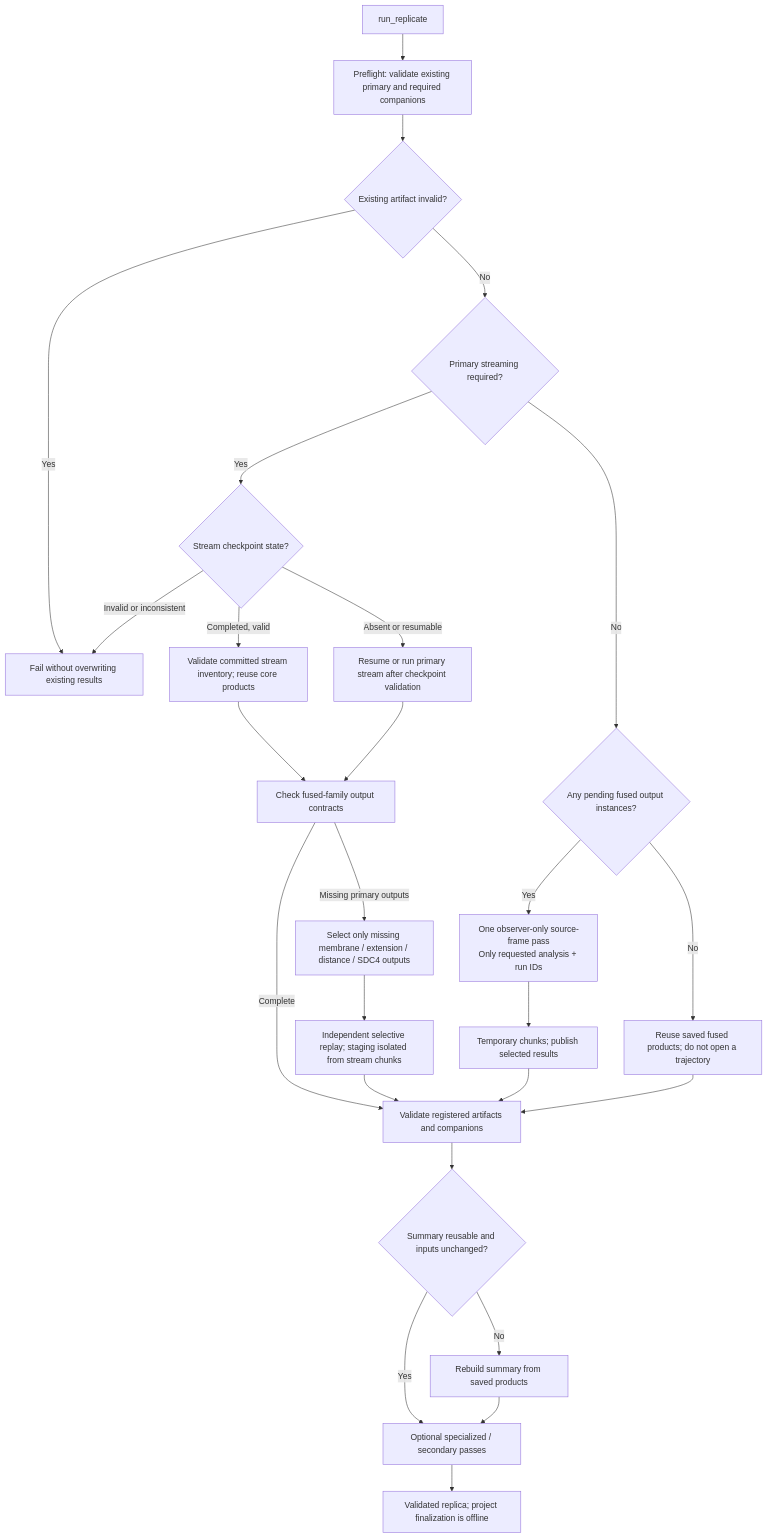
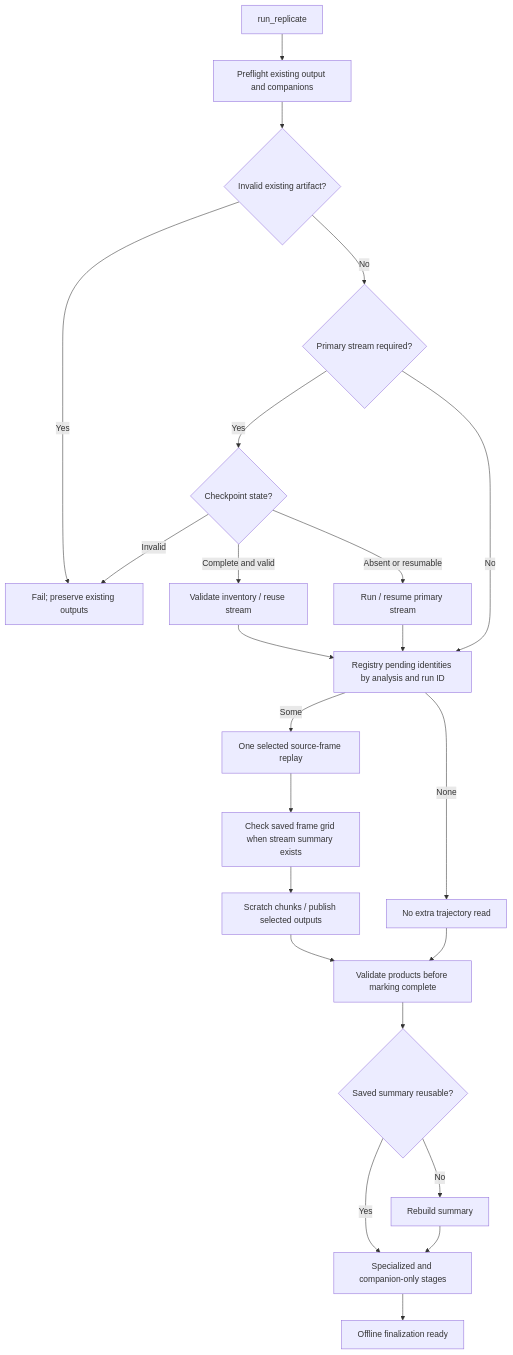
Before and after one commit to MarionQL/MDscope: the second of 3 diagrams in docs/developer/pipeline-graphs.md, drawn with Mermaid. The commit also changed other lines of this file and 9 other files, not shown here.

First line of the commit message:
[P1][Architecture] Unify replica fused recovery and pending-output planning (#279) (#285)

````diff
--- a/docs/developer/pipeline-graphs.md
+++ b/docs/developer/pipeline-graphs.md
@@ -74,28 +68,25 @@
 ```mermaid
 flowchart TD
-    START["run_replicate"] --> PREF["Preflight: validate existing primary and required companions"]
-    PREF --> BAD{"Existing artifact invalid?"}
-    BAD -->|Yes| STOP["Fail without overwriting existing results"]
-    BAD -->|No| CORE{"Primary streaming required?"}
-    CORE -->|Yes| STATE{"Stream checkpoint state?"}
-    STATE -->|Completed, valid| REUSE["Validate committed stream inventory; reuse core products"]
-    STATE -->|Absent or resumable| STREAM["Resume or run primary stream after checkpoint validation"]
-    STATE -->|Invalid or inconsistent| STOP
-    REUSE --> FAMILY["Check fused-family output contracts"]
-    STREAM --> FAMILY
-    FAMILY -->|Missing primary outputs| FALL["Select only missing membrane / extension / distance / SDC4 outputs"]
-    FAMILY -->|Complete| VALID["Validate registered artifacts and companions"]
-    FALL --> SCRATCH2["Independent selective replay; staging isolated from stream chunks"]
-    SCRATCH2 --> VALID
-    CORE -->|No| PENDING{"Any pending fused output instances?"}
-    PENDING -->|No| SKIP["Reuse saved fused products; do not open a trajectory"]
-    PENDING -->|Yes| ONLY["One observer-only source-frame pass<br/>Only requested analysis + run IDs"]
-    ONLY --> SCRATCH["Temporary chunks; publish selected results"]
-    SCRATCH --> VALID
+    START["run_replicate"] --> PRE["Preflight existing output and companions"]
+    PRE --> BAD{"Invalid existing artifact?"}
+    BAD -->|Yes| ABORT["Fail; preserve existing outputs"]
+    BAD -->|No| STREAM{"Primary stream required?"}
+    STREAM -->|Yes| CP{"Checkpoint state?"}
+    CP -->|Complete and valid| REUSE["Validate inventory / reuse stream"]
+    CP -->|Absent or resumable| RUN["Run / resume primary stream"]
+    CP -->|Invalid| ABORT
+    REUSE --> PENDING["Registry pending identities by analysis and run ID"]
+    RUN --> PENDING
+    STREAM -->|No| PENDING
+    PENDING -->|None| SKIP["No extra trajectory read"]
+    PENDING -->|Some| SHARED["One selected source-frame replay"]
+    SHARED --> GRID["Check saved frame grid when stream summary exists"]
+    GRID --> SCRATCH["Scratch chunks / publish selected outputs"]
+    SCRATCH --> VALID["Validate products before marking complete"]
     SKIP --> VALID
-    VALID --> SUMMARY{"Summary reusable and inputs unchanged?"}
-    SUMMARY -->|Yes| EXTRA["Optional specialized / secondary passes"]
-    SUMMARY -->|No| BUILD["Rebuild summary from saved products"]
-    BUILD --> EXTRA
-    EXTRA --> DONE["Validated replica; project finalization is offline"]
+    VALID --> SUMMARY{"Saved summary reusable?"}
+    SUMMARY -->|Yes| EXTRA["Specialized and companion-only stages"]
+    SUMMARY -->|No| REBUILD["Rebuild summary"]
+    REBUILD --> EXTRA
+    EXTRA --> DONE["Offline finalization ready"]
 ```
````
